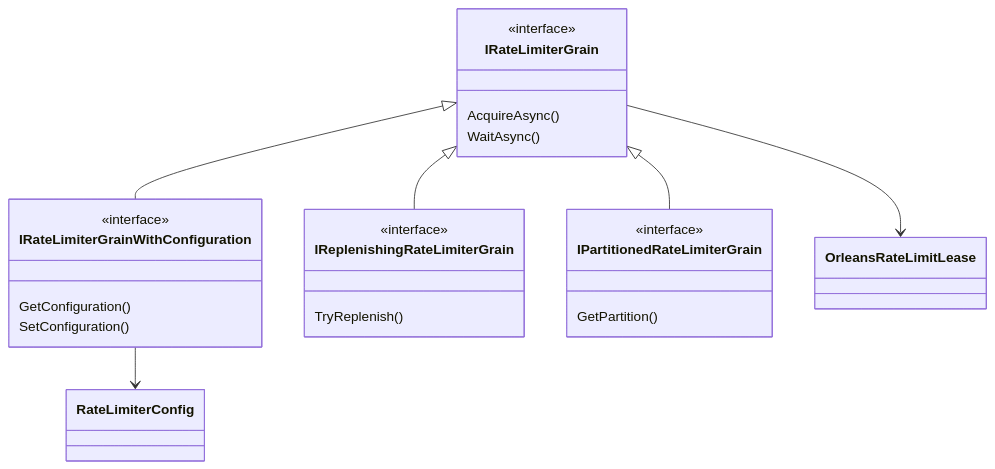
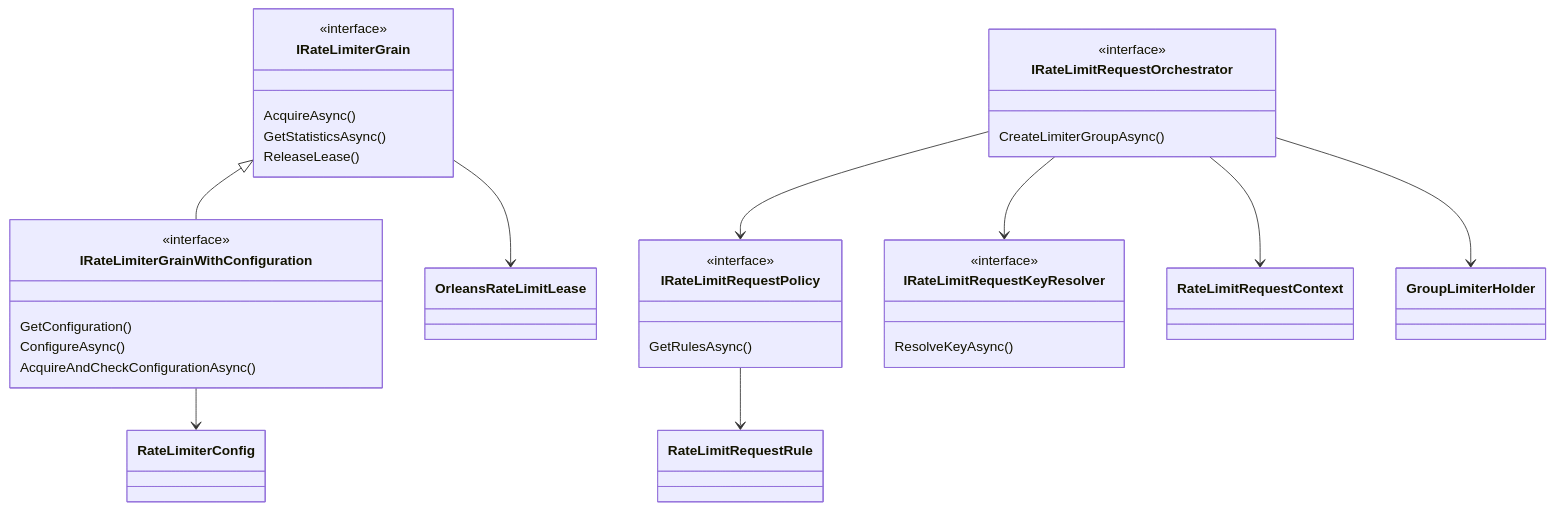
The third of 3 diagrams in docs/Architecture.md (managedcode/Orleans.RateLimiting), drawn with Mermaid before and after one commit. The commit also changed other lines of this file and 76 other files, not shown here.

Commit message:
Refine rate limiting orchestration architecture

````diff
--- a/docs/Architecture.md
+++ b/docs/Architecture.md
@@ -50,29 +53,41 @@
 ```mermaid
 classDiagram
     class IRateLimiterGrain {
         <<interface>>
         AcquireAsync()
-        WaitAsync()
+        GetStatisticsAsync()
+        ReleaseLease()
     }
     class IRateLimiterGrainWithConfiguration {
         <<interface>>
         GetConfiguration()
-        SetConfiguration()
+        ConfigureAsync()
+        AcquireAndCheckConfigurationAsync()
     }
-    class IReplenishingRateLimiterGrain {
+    class IRateLimitRequestOrchestrator {
         <<interface>>
-        TryReplenish()
+        CreateLimiterGroupAsync()
     }
-    class IPartitionedRateLimiterGrain {
+    class IRateLimitRequestPolicy {
         <<interface>>
-        GetPartition()
+        GetRulesAsync()
+    }
+    class IRateLimitRequestKeyResolver {
+        <<interface>>
+        ResolveKeyAsync()
     }
     class OrleansRateLimitLease
     class RateLimiterConfig
+    class RateLimitRequestRule
+    class RateLimitRequestContext
+    class GroupLimiterHolder
 
     IRateLimiterGrain <|-- IRateLimiterGrainWithConfiguration
-    IRateLimiterGrain <|-- IReplenishingRateLimiterGrain
-    IRateLimiterGrain <|-- IPartitionedRateLimiterGrain
     IRateLimiterGrain --> OrleansRateLimitLease
     IRateLimiterGrainWithConfiguration --> RateLimiterConfig
+    IRateLimitRequestOrchestrator --> IRateLimitRequestPolicy
+    IRateLimitRequestOrchestrator --> IRateLimitRequestKeyResolver
+    IRateLimitRequestPolicy --> RateLimitRequestRule
+    IRateLimitRequestOrchestrator --> RateLimitRequestContext
+    IRateLimitRequestOrchestrator --> GroupLimiterHolder
 ```
````
